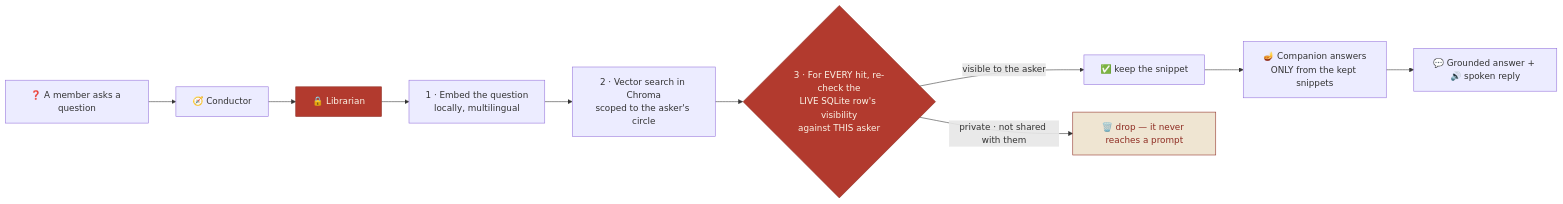
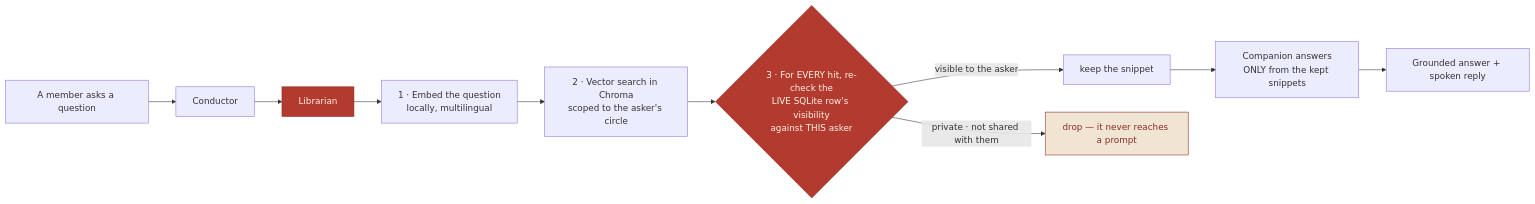
One commit to viditkbhatnagar/Aangan_AI_Journal changed the second of 5 diagrams in README.md. Above: the diagram before and after it, drawn with Mermaid. The commit also changed other lines of this file and 31 other files, not shown here.

````diff
--- a/README.md
+++ b/README.md
@@ -136,17 +136,17 @@
 ```mermaid
 flowchart LR
-    Q["❓ A member asks a question"] --> COND["🧭 Conductor"]
-    COND --> LIB["🔒 Librarian"]
-    LIB --> E1["1 · Embed the question<br/>locally, multilingual"]
-    E1 --> E2["2 · Vector search in Chroma<br/>scoped to the asker's circle"]
-    E2 --> E3{"3 · For EVERY hit, re-check the<br/>LIVE SQLite row's visibility<br/>against THIS asker"}
-    E3 -->|"visible to the asker"| KEEP["✅ keep the snippet"]
-    E3 -->|"private · not shared with them"| DROP["🗑️ drop — it never reaches a prompt"]
-    KEEP --> COMP["🪔 Companion answers<br/>ONLY from the kept snippets"]
-    COMP --> A["💬 Grounded answer + 🔊 spoken reply"]
+ Q["A member asks a question"] --> COND["Conductor"]
+ COND --> LIB["Librarian"]
+ LIB --> E1["1 · Embed the question<br/>locally, multilingual"]
+ E1 --> E2["2 · Vector search in Chroma<br/>scoped to the asker's circle"]
+ E2 --> E3{"3 · For EVERY hit, re-check the<br/>LIVE SQLite row's visibility<br/>against THIS asker"}
+ E3 -->|"visible to the asker"| KEEP["keep the snippet"]
+ E3 -->|"private · not shared with them"| DROP["drop — it never reaches a prompt"]
+ KEEP --> COMP["Companion answers<br/>ONLY from the kept snippets"]
+ COMP --> A["Grounded answer + spoken reply"]
 
-    classDef spine fill:#B23A2E,stroke:#8E2C22,color:#FBF3E6;
-    classDef drop fill:#EFE5D2,stroke:#8E2C22,color:#8E2C22;
-    class LIB,E3 spine;
-    class DROP drop;
+ classDef spine fill:#B23A2E,stroke:#8E2C22,color:#FBF3E6;
+ classDef drop fill:#EFE5D2,stroke:#8E2C22,color:#8E2C22;
+ class LIB,E3 spine;
+ class DROP drop;
 ```
````
